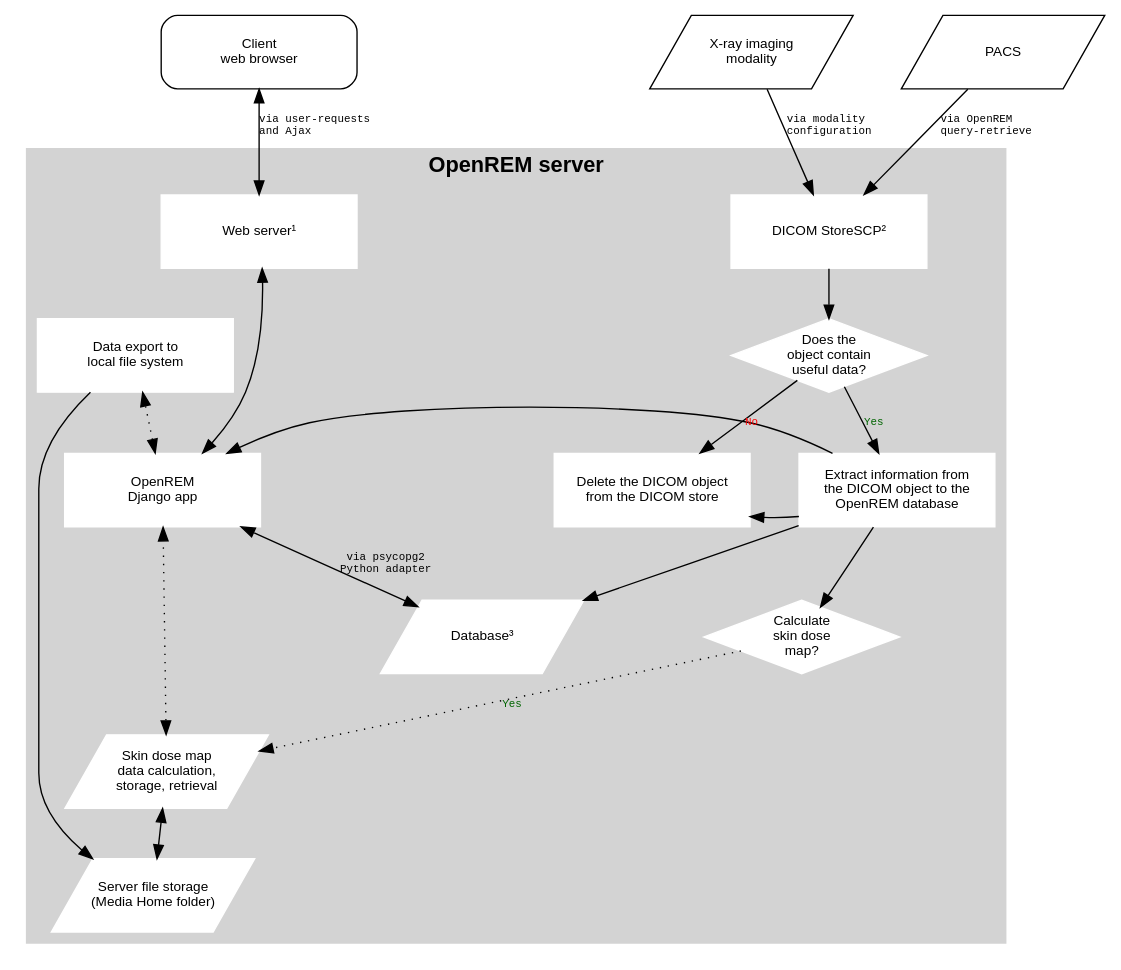
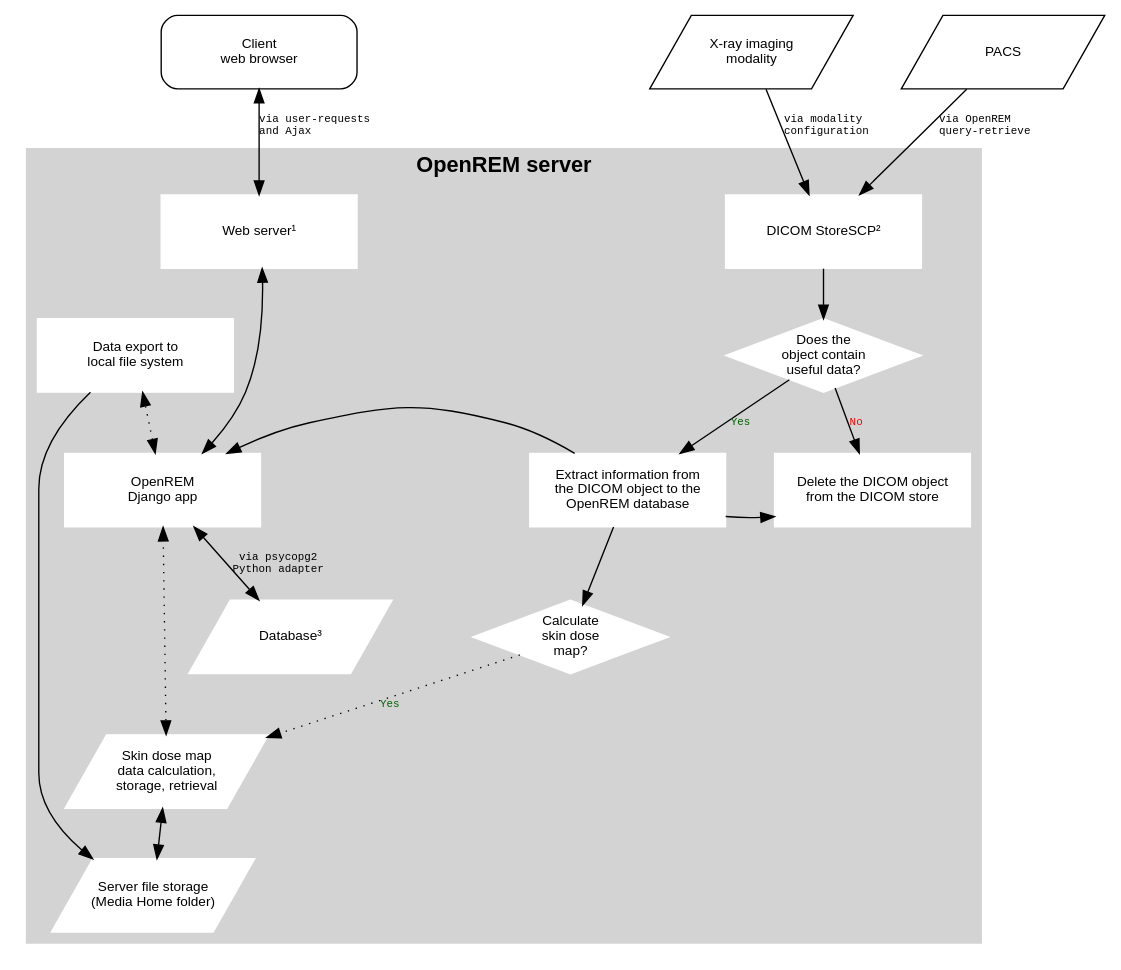
The diagram in docs/systemdiagram.rst (themorlan/openREM), drawn with Graphviz before and after one commit. The commit also changed 1 other file, not shown here.

Commit message:
Extracts use Django app to update database, so direct line not needed. Removed reference to Flower in troubleshooting. Refs #788 [skip ci] docs only

```diff
--- a/docs/systemdiagram.rst
+++ b/docs/systemdiagram.rst
@@ -4,72 +4,72 @@
 .. graphviz::
 
    digraph {
       node [fixedsize=true width=2.0 height=0.75 fontsize=10 margin="0.0,0.0"];
 
       // Define the things on the server
       subgraph cluster_server {
 
          label="OpenREM server";
          tooltip="The server";
          fontname="Helvetica-bold";
          fontsize=16;
          style=filled;
          color=lightgrey;
          node [style=filled color=white];
 
          // Define the nodes for the data storage, display and retrieval
          webserver [label="Web server&sup1;" fontname="Helvetica" tooltip="Serve web pages to the user" shape="box"];
          python_django [label="OpenREM\nDjango app" fontname="Helvetica" tooltip="Python web framework" shape="box"];
          database [label="Database&sup3;" fontname="Helvetica" tooltip="Relational database management system" shape="parallelogram"];
          skin_dose_map_data [label="Skin dose map\ndata calculation,\nstorage, retrieval" fontname="Helvetica" tooltip="Calculate, store and retrieve skin dose map data" shape="parallelogram"];
          server_media_folder [label="Server file storage\n(Media Home folder)" fontname="Helvetica" tooltip="File storage on the server" shape="parallelogram"];
          data_export [label="Data export to\nlocal file system" fontname="Helvetica" tooltip="Files are made available to the user via a web page URL" shape="box"];
 
          // Define the links between the data storage, display and retrieval
          webserver -> python_django [dir=both];
          python_django -> database [dir=both label="via psycopg2\nPython adapter" fontsize=8 fontname="Courier"];
          skin_dose_map_data -> server_media_folder [dir=both];
          skin_dose_map_data -> python_django [style=dotted dir=both];
          data_export -> server_media_folder;
          data_export -> python_django [style=dotted dir=both];
 
          // Define the nodes for the DICOM store, database population and skin dose map calculation
          conquest [label="DICOM StoreSCP&sup2;" fontname="Helvetica" tooltip="Conquest, acting as a DICOM storage SCP" shape="box"];
          conquest_script [shape=diamond label="Does the\nobject contain\nuseful data?" fontname="Helvetica" tooltip="Process the rules in dicom.ini"];
          populate_database [label="Extract information from\nthe DICOM object to the\nOpenREM database" fontname="Helvetica", tooltip="Extract data using OpenREM's python scripts" shape="box"];
          delete_object [label="Delete the DICOM object\nfrom the DICOM store" fontname="Helvetica" tooltip="Delete the DICOM object from the local store SCP" shape="box"];
          calc_skin_dose_map [shape=diamond label="Calculate\nskin dose\nmap?" fontname="Helvetica" tooltip="Calculate the skin dose map?"];
          blank_node_1 [shape=none style=invisible];
 
          // Define the links between the DICOM store, database population and skin dose map calculation
          conquest_script -> populate_database [label="Yes" fontcolor=darkgreen fontsize=8 fontname="Courier"];
          populate_database -> delete_object;
          conquest_script -> delete_object [label="No" fontcolor=red fontsize=8 fontname="Courier"];
          conquest -> conquest_script;
          populate_database -> calc_skin_dose_map;
 
          // Define the links between the two groups
-         populate_database -> database
+         // populate_database -> database
          python_django -> populate_database [dir=back]
          calc_skin_dose_map -> skin_dose_map_data [style=dotted label="Yes" fontcolor=darkgreen fontsize=8 fontname="Courier"]
 
          // Force certain nodes to be on the same level so that the diagram looks good (hopefully)
          {rank=same; webserver conquest};
          {rank=same; python_django->blank_node_1->delete_object->populate_database [style=invis]; rankdir=LR;}
       }
 
       // Define the web browser, modality and pacs nodes
       web_browser [label="Client\nweb browser" fontname="Helvetica" tooltip="The user's web browser" shape="box" style=rounded];
       modality [label="X-ray imaging\nmodality" fontname="Helvetica" tooltip="Data send from an x-ray imaging modality" shape="parallelogram"];
       pacs [label="PACS" fontname="Helvetica" tooltip="A Picture Archiving and Communication System" shape="parallelogram"];
       blank_node_2 [label="" shape=none];
 
       // Define the links that the browser, modality and pacs have
       web_browser -> webserver [dir=both label="via user-requests\land Ajax\l" fontsize=8 fontname="Courier" tooltip="Ajax used to retrieve chart data"];
       modality -> conquest [label="via modality\lconfiguration\l" fontsize=8 fontname="Courier"];
       pacs -> conquest [label="via OpenREM\lquery-retrieve\l" fontsize=8 fontname="Courier"];
       // pacs -> python_django [style=dotted dir=both];
 
       // Force the web browser, blank node, modality and pacs to be on the same level in a specific order
       {rank=same; web_browser->blank_node_2->modality->pacs [style=invis]; rankdir=LR;};
    }
```
